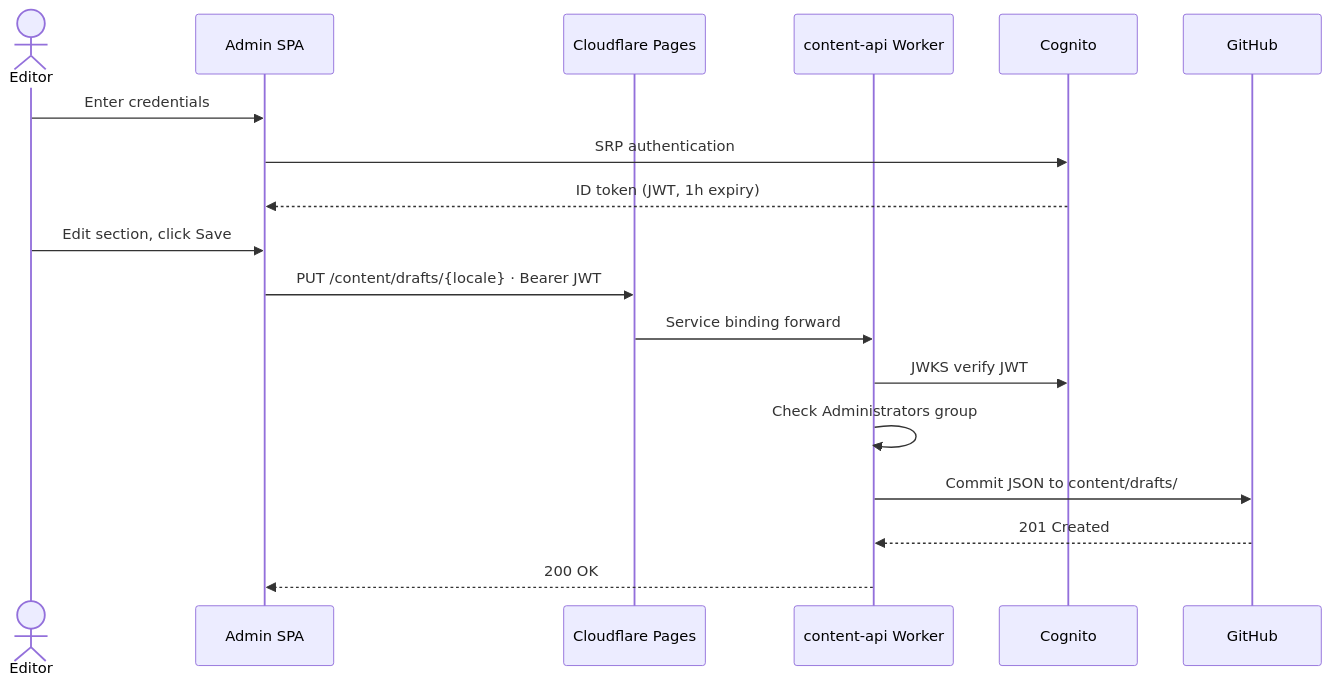
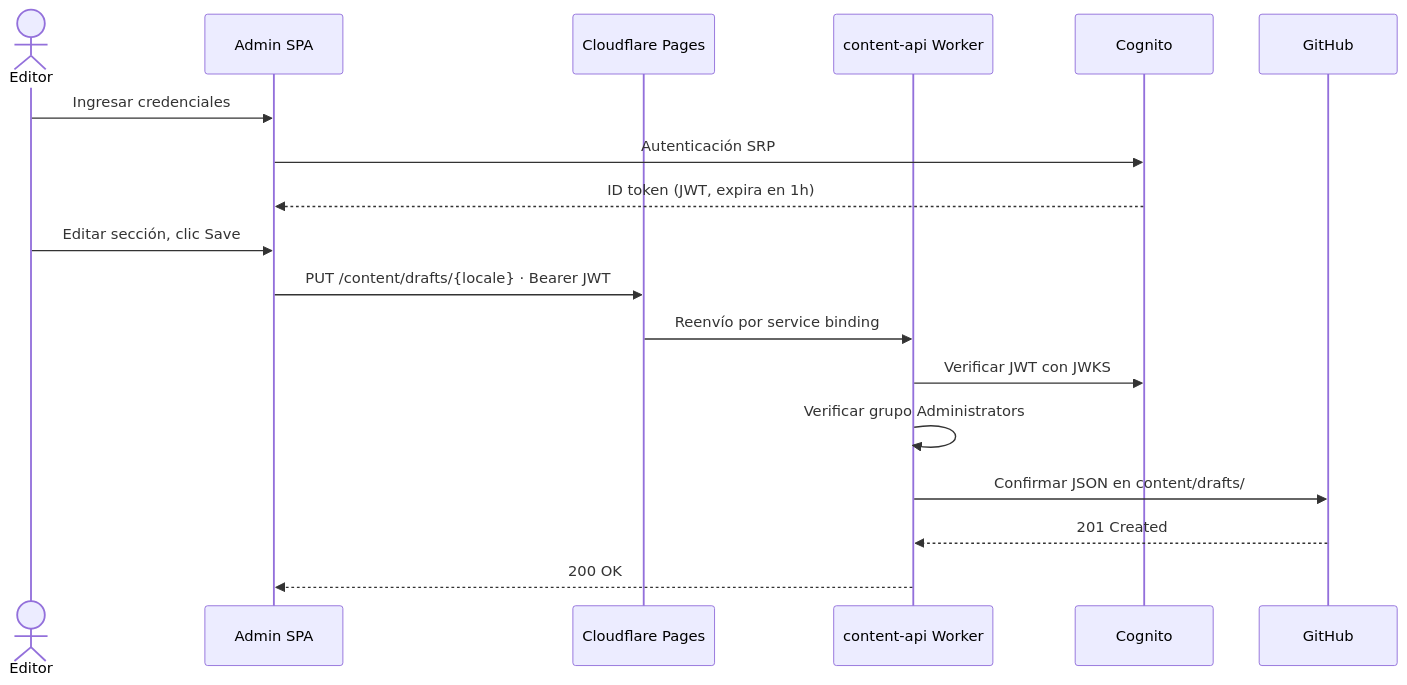
The third of 5 diagrams in docs/architecture.md (Bonae-Tech/bonae-tech), drawn with Mermaid before and after one commit. The commit also changed other lines of this file and 43 other files, not shown here.

````diff
--- a/docs/architecture.md
+++ b/docs/architecture.md
@@ -188,22 +191,22 @@
 ```mermaid
 sequenceDiagram
     actor Editor
     participant SPA as Admin SPA
     participant Pages as Cloudflare Pages
     participant Worker as content-api Worker
     participant Cognito
     participant GH as GitHub
 
-    Editor->>SPA: Enter credentials
-    SPA->>Cognito: SRP authentication
-    Cognito-->>SPA: ID token (JWT, 1h expiry)
+    Editor->>SPA: Ingresar credenciales
+    SPA->>Cognito: Autenticación SRP
+    Cognito-->>SPA: ID token (JWT, expira en 1h)
 
-    Editor->>SPA: Edit section, click Save
+    Editor->>SPA: Editar sección, clic Save
     SPA->>Pages: PUT /content/drafts/{locale} · Bearer JWT
-    Pages->>Worker: Service binding forward
-    Worker->>Cognito: JWKS verify JWT
-    Worker->>Worker: Check Administrators group
-    Worker->>GH: Commit JSON to content/drafts/
+    Pages->>Worker: Reenvío por service binding
+    Worker->>Cognito: Verificar JWT con JWKS
+    Worker->>Worker: Verificar grupo Administrators
+    Worker->>GH: Confirmar JSON en content/drafts/
     GH-->>Worker: 201 Created
     Worker-->>SPA: 200 OK
 ```
````
